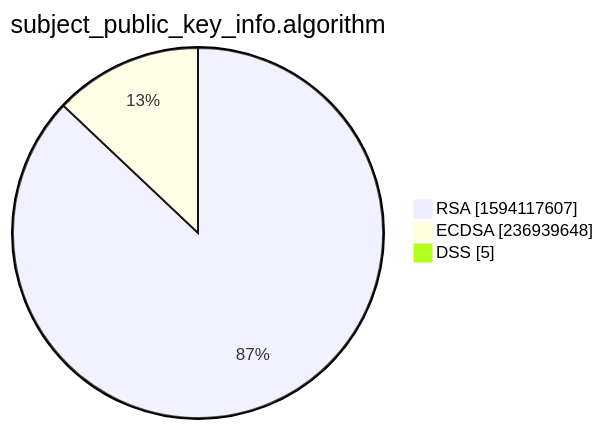
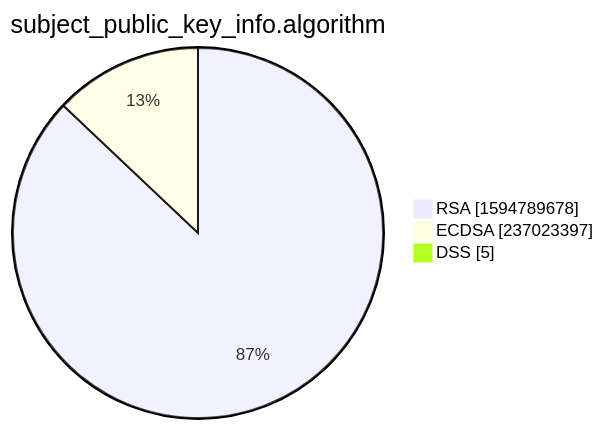
Before and after one commit to christiankrug/ctmonitor_visualization: the third of 15 diagrams in xenon2022/README.md, drawn with Mermaid. The commit also changed other lines of this file, not shown here.

````diff
--- a/xenon2022/README.md
+++ b/xenon2022/README.md
@@ -14,7 +14,7 @@
 ```mermaid
 pie showData
 title subject_public_key_info.algorithm
-"RSA" :1594117607
-"ECDSA" :236939648
+"RSA" :1594789678
+"ECDSA" :237023397
 "DSS" :5
 ```
````
